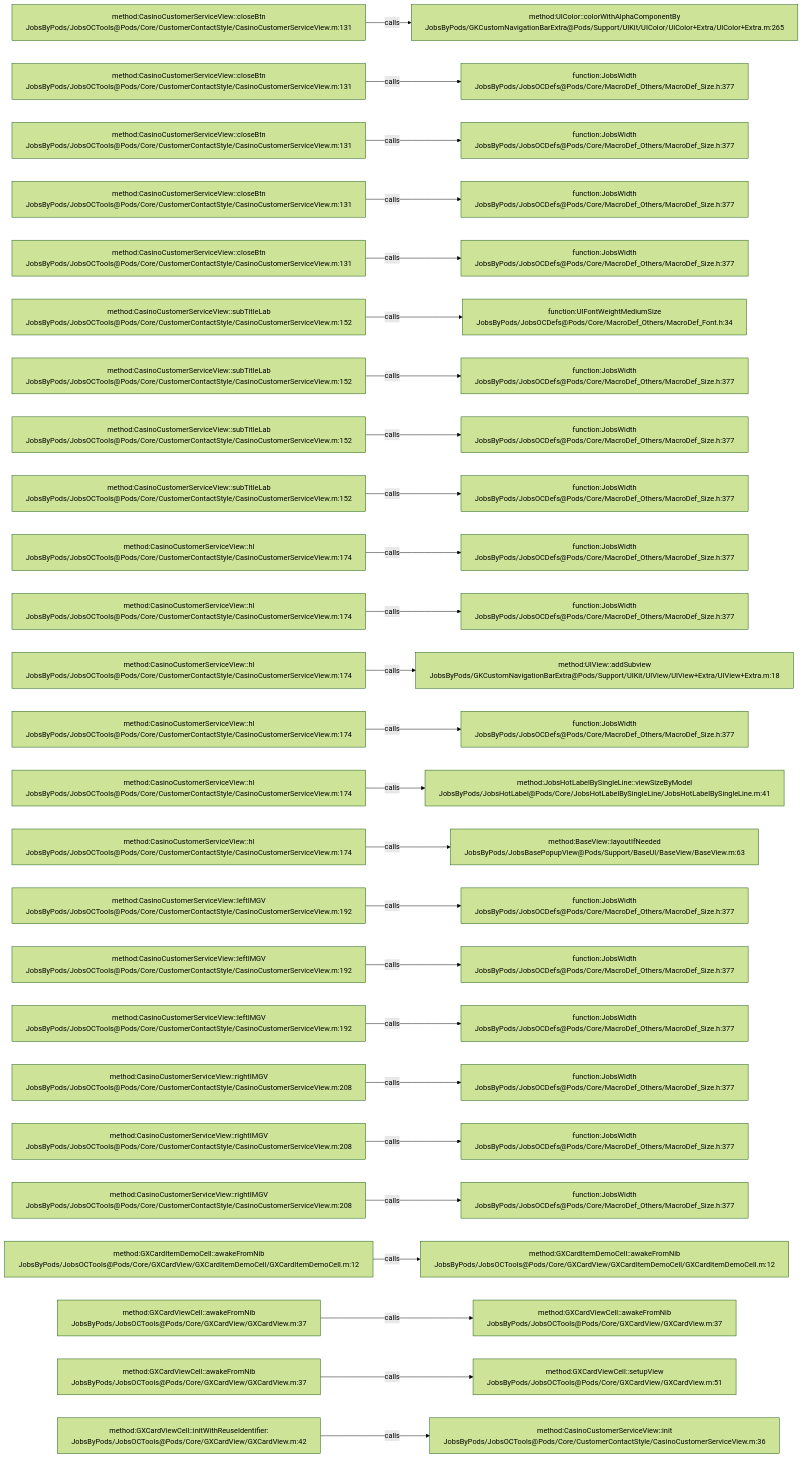
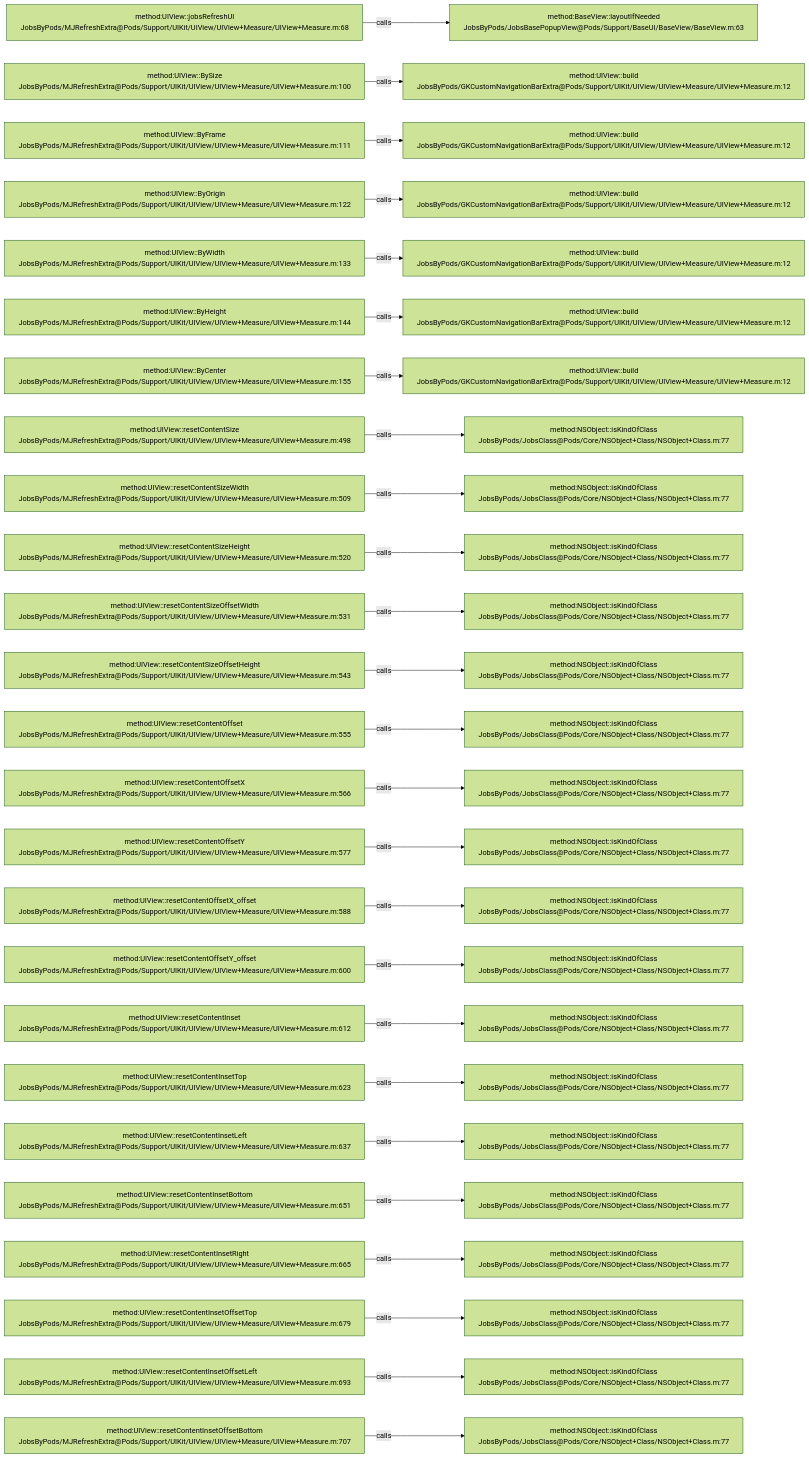
The diagram in .codegraph/codegraph.md/graphs/calls-184.md (JobsKits/JobsOCBaseConfigDemo), drawn with Mermaid (forest theme) before and after one commit. The commit also changed 1026 other files, not shown here.

````diff
--- a/.codegraph/codegraph.md/graphs/calls-184.md
+++ b/.codegraph/codegraph.md/graphs/calls-184.md
@@ -13,78 +13,78 @@
 ```mermaid
 flowchart LR
-  S1["method:CasinoCustomerServiceView::closeBtn<br/>JobsByPods/JobsOCTools@Pods/Core/CustomerContactStyle/CasinoCustomerServiceView.m:131"]
-  T1["method:UIColor::colorWithAlphaComponentBy<br/>JobsByPods/GKCustomNavigationBarExtra@Pods/Support/UIKit/UIColor/UIColor+Extra/UIColor+Extra.m:265"]
+  S1["method:UIView::jobsRefreshUI<br/>JobsByPods/MJRefreshExtra@Pods/Support/UIKit/UIView/UIView+Measure/UIView+Measure.m:68"]
+  T1["method:BaseView::layoutIfNeeded<br/>JobsByPods/JobsBasePopupView@Pods/Support/BaseUI/BaseView/BaseView.m:63"]
   S1 -->|calls| T1
-  S2["method:CasinoCustomerServiceView::closeBtn<br/>JobsByPods/JobsOCTools@Pods/Core/CustomerContactStyle/CasinoCustomerServiceView.m:131"]
-  T2["function:JobsWidth<br/>JobsByPods/JobsOCDefs@Pods/Core/MacroDef_Others/MacroDef_Size.h:377"]
+  S2["method:UIView::BySize<br/>JobsByPods/MJRefreshExtra@Pods/Support/UIKit/UIView/UIView+Measure/UIView+Measure.m:100"]
+  T2["method:UIView::build<br/>JobsByPods/GKCustomNavigationBarExtra@Pods/Support/UIKit/UIView/UIView+Measure/UIView+Measure.m:12"]
   S2 -->|calls| T2
-  S3["method:CasinoCustomerServiceView::closeBtn<br/>JobsByPods/JobsOCTools@Pods/Core/CustomerContactStyle/CasinoCustomerServiceView.m:131"]
-  T3["function:JobsWidth<br/>JobsByPods/JobsOCDefs@Pods/Core/MacroDef_Others/MacroDef_Size.h:377"]
+  S3["method:UIView::ByFrame<br/>JobsByPods/MJRefreshExtra@Pods/Support/UIKit/UIView/UIView+Measure/UIView+Measure.m:111"]
+  T3["method:UIView::build<br/>JobsByPods/GKCustomNavigationBarExtra@Pods/Support/UIKit/UIView/UIView+Measure/UIView+Measure.m:12"]
   S3 -->|calls| T3
-  S4["method:CasinoCustomerServiceView::closeBtn<br/>JobsByPods/JobsOCTools@Pods/Core/CustomerContactStyle/CasinoCustomerServiceView.m:131"]
-  T4["function:JobsWidth<br/>JobsByPods/JobsOCDefs@Pods/Core/MacroDef_Others/MacroDef_Size.h:377"]
+  S4["method:UIView::ByOrigin<br/>JobsByPods/MJRefreshExtra@Pods/Support/UIKit/UIView/UIView+Measure/UIView+Measure.m:122"]
+  T4["method:UIView::build<br/>JobsByPods/GKCustomNavigationBarExtra@Pods/Support/UIKit/UIView/UIView+Measure/UIView+Measure.m:12"]
   S4 -->|calls| T4
-  S5["method:CasinoCustomerServiceView::closeBtn<br/>JobsByPods/JobsOCTools@Pods/Core/CustomerContactStyle/CasinoCustomerServiceView.m:131"]
-  T5["function:JobsWidth<br/>JobsByPods/JobsOCDefs@Pods/Core/MacroDef_Others/MacroDef_Size.h:377"]
+  S5["method:UIView::ByWidth<br/>JobsByPods/MJRefreshExtra@Pods/Support/UIKit/UIView/UIView+Measure/UIView+Measure.m:133"]
+  T5["method:UIView::build<br/>JobsByPods/GKCustomNavigationBarExtra@Pods/Support/UIKit/UIView/UIView+Measure/UIView+Measure.m:12"]
   S5 -->|calls| T5
-  S6["method:CasinoCustomerServiceView::subTitleLab<br/>JobsByPods/JobsOCTools@Pods/Core/CustomerContactStyle/CasinoCustomerServiceView.m:152"]
-  T6["function:UIFontWeightMediumSize<br/>JobsByPods/JobsOCDefs@Pods/Core/MacroDef_Others/MacroDef_Font.h:34"]
+  S6["method:UIView::ByHeight<br/>JobsByPods/MJRefreshExtra@Pods/Support/UIKit/UIView/UIView+Measure/UIView+Measure.m:144"]
+  T6["method:UIView::build<br/>JobsByPods/GKCustomNavigationBarExtra@Pods/Support/UIKit/UIView/UIView+Measure/UIView+Measure.m:12"]
   S6 -->|calls| T6
-  S7["method:CasinoCustomerServiceView::subTitleLab<br/>JobsByPods/JobsOCTools@Pods/Core/CustomerContactStyle/CasinoCustomerServiceView.m:152"]
-  T7["function:JobsWidth<br/>JobsByPods/JobsOCDefs@Pods/Core/MacroDef_Others/MacroDef_Size.h:377"]
+  S7["method:UIView::ByCenter<br/>JobsByPods/MJRefreshExtra@Pods/Support/UIKit/UIView/UIView+Measure/UIView+Measure.m:155"]
+  T7["method:UIView::build<br/>JobsByPods/GKCustomNavigationBarExtra@Pods/Support/UIKit/UIView/UIView+Measure/UIView+Measure.m:12"]
   S7 -->|calls| T7
-  S8["method:CasinoCustomerServiceView::subTitleLab<br/>JobsByPods/JobsOCTools@Pods/Core/CustomerContactStyle/CasinoCustomerServiceView.m:152"]
-  T8["function:JobsWidth<br/>JobsByPods/JobsOCDefs@Pods/Core/MacroDef_Others/MacroDef_Size.h:377"]
+  S8["method:UIView::resetContentSize<br/>JobsByPods/MJRefreshExtra@Pods/Support/UIKit/UIView/UIView+Measure/UIView+Measure.m:498"]
+  T8["method:NSObject::isKindOfClass<br/>JobsByPods/JobsClass@Pods/Core/NSObject+Class/NSObject+Class.m:77"]
   S8 -->|calls| T8
-  S9["method:CasinoCustomerServiceView::subTitleLab<br/>JobsByPods/JobsOCTools@Pods/Core/CustomerContactStyle/CasinoCustomerServiceView.m:152"]
-  T9["function:JobsWidth<br/>JobsByPods/JobsOCDefs@Pods/Core/MacroDef_Others/MacroDef_Size.h:377"]
+  S9["method:UIView::resetContentSizeWidth<br/>JobsByPods/MJRefreshExtra@Pods/Support/UIKit/UIView/UIView+Measure/UIView+Measure.m:509"]
+  T9["method:NSObject::isKindOfClass<br/>JobsByPods/JobsClass@Pods/Core/NSObject+Class/NSObject+Class.m:77"]
   S9 -->|calls| T9
-  S10["method:CasinoCustomerServiceView::hl<br/>JobsByPods/JobsOCTools@Pods/Core/CustomerContactStyle/CasinoCustomerServiceView.m:174"]
-  T10["function:JobsWidth<br/>JobsByPods/JobsOCDefs@Pods/Core/MacroDef_Others/MacroDef_Size.h:377"]
+  S10["method:UIView::resetContentSizeHeight<br/>JobsByPods/MJRefreshExtra@Pods/Support/UIKit/UIView/UIView+Measure/UIView+Measure.m:520"]
+  T10["method:NSObject::isKindOfClass<br/>JobsByPods/JobsClass@Pods/Core/NSObject+Class/NSObject+Class.m:77"]
   S10 -->|calls| T10
-  S11["method:CasinoCustomerServiceView::hl<br/>JobsByPods/JobsOCTools@Pods/Core/CustomerContactStyle/CasinoCustomerServiceView.m:174"]
-  T11["function:JobsWidth<br/>JobsByPods/JobsOCDefs@Pods/Core/MacroDef_Others/MacroDef_Size.h:377"]
+  S11["method:UIView::resetContentSizeOffsetWidth<br/>JobsByPods/MJRefreshExtra@Pods/Support/UIKit/UIView/UIView+Measure/UIView+Measure.m:531"]
+  T11["method:NSObject::isKindOfClass<br/>JobsByPods/JobsClass@Pods/Core/NSObject+Class/NSObject+Class.m:77"]
   S11 -->|calls| T11
-  S12["method:CasinoCustomerServiceView::hl<br/>JobsByPods/JobsOCTools@Pods/Core/CustomerContactStyle/CasinoCustomerServiceView.m:174"]
-  T12["method:UIView::addSubview<br/>JobsByPods/GKCustomNavigationBarExtra@Pods/Support/UIKit/UIView/UIView+Extra/UIView+Extra.m:18"]
+  S12["method:UIView::resetContentSizeOffsetHeight<br/>JobsByPods/MJRefreshExtra@Pods/Support/UIKit/UIView/UIView+Measure/UIView+Measure.m:543"]
+  T12["method:NSObject::isKindOfClass<br/>JobsByPods/JobsClass@Pods/Core/NSObject+Class/NSObject+Class.m:77"]
   S12 -->|calls| T12
-  S13["method:CasinoCustomerServiceView::hl<br/>JobsByPods/JobsOCTools@Pods/Core/CustomerContactStyle/CasinoCustomerServiceView.m:174"]
-  T13["function:JobsWidth<br/>JobsByPods/JobsOCDefs@Pods/Core/MacroDef_Others/MacroDef_Size.h:377"]
+  S13["method:UIView::resetContentOffset<br/>JobsByPods/MJRefreshExtra@Pods/Support/UIKit/UIView/UIView+Measure/UIView+Measure.m:555"]
+  T13["method:NSObject::isKindOfClass<br/>JobsByPods/JobsClass@Pods/Core/NSObject+Class/NSObject+Class.m:77"]
   S13 -->|calls| T13
-  S14["method:CasinoCustomerServiceView::hl<br/>JobsByPods/JobsOCTools@Pods/Core/CustomerContactStyle/CasinoCustomerServiceView.m:174"]
-  T14["method:JobsHotLabelBySingleLine::viewSizeByModel<br/>JobsByPods/JobsHotLabel@Pods/Core/JobsHotLabelBySingleLine/JobsHotLabelBySingleLine.m:41"]
+  S14["method:UIView::resetContentOffsetX<br/>JobsByPods/MJRefreshExtra@Pods/Support/UIKit/UIView/UIView+Measure/UIView+Measure.m:566"]
+  T14["method:NSObject::isKindOfClass<br/>JobsByPods/JobsClass@Pods/Core/NSObject+Class/NSObject+Class.m:77"]
   S14 -->|calls| T14
-  S15["method:CasinoCustomerServiceView::hl<br/>JobsByPods/JobsOCTools@Pods/Core/CustomerContactStyle/CasinoCustomerServiceView.m:174"]
-  T15["method:BaseView::layoutIfNeeded<br/>JobsByPods/JobsBasePopupView@Pods/Support/BaseUI/BaseView/BaseView.m:63"]
+  S15["method:UIView::resetContentOffsetY<br/>JobsByPods/MJRefreshExtra@Pods/Support/UIKit/UIView/UIView+Measure/UIView+Measure.m:577"]
+  T15["method:NSObject::isKindOfClass<br/>JobsByPods/JobsClass@Pods/Core/NSObject+Class/NSObject+Class.m:77"]
   S15 -->|calls| T15
-  S16["method:CasinoCustomerServiceView::leftIMGV<br/>JobsByPods/JobsOCTools@Pods/Core/CustomerContactStyle/CasinoCustomerServiceView.m:192"]
-  T16["function:JobsWidth<br/>JobsByPods/JobsOCDefs@Pods/Core/MacroDef_Others/MacroDef_Size.h:377"]
+  S16["method:UIView::resetContentOffsetX_offset<br/>JobsByPods/MJRefreshExtra@Pods/Support/UIKit/UIView/UIView+Measure/UIView+Measure.m:588"]
+  T16["method:NSObject::isKindOfClass<br/>JobsByPods/JobsClass@Pods/Core/NSObject+Class/NSObject+Class.m:77"]
   S16 -->|calls| T16
-  S17["method:CasinoCustomerServiceView::leftIMGV<br/>JobsByPods/JobsOCTools@Pods/Core/CustomerContactStyle/CasinoCustomerServiceView.m:192"]
-  T17["function:JobsWidth<br/>JobsByPods/JobsOCDefs@Pods/Core/MacroDef_Others/MacroDef_Size.h:377"]
+  S17["method:UIView::resetContentOffsetY_offset<br/>JobsByPods/MJRefreshExtra@Pods/Support/UIKit/UIView/UIView+Measure/UIView+Measure.m:600"]
+  T17["method:NSObject::isKindOfClass<br/>JobsByPods/JobsClass@Pods/Core/NSObject+Class/NSObject+Class.m:77"]
   S17 -->|calls| T17
-  S18["method:CasinoCustomerServiceView::leftIMGV<br/>JobsByPods/JobsOCTools@Pods/Core/CustomerContactStyle/CasinoCustomerServiceView.m:192"]
-  T18["function:JobsWidth<br/>JobsByPods/JobsOCDefs@Pods/Core/MacroDef_Others/MacroDef_Size.h:377"]
+  S18["method:UIView::resetContentInset<br/>JobsByPods/MJRefreshExtra@Pods/Support/UIKit/UIView/UIView+Measure/UIView+Measure.m:612"]
+  T18["method:NSObject::isKindOfClass<br/>JobsByPods/JobsClass@Pods/Core/NSObject+Class/NSObject+Class.m:77"]
   S18 -->|calls| T18
-  S19["method:CasinoCustomerServiceView::rightIMGV<br/>JobsByPods/JobsOCTools@Pods/Core/CustomerContactStyle/CasinoCustomerServiceView.m:208"]
-  T19["function:JobsWidth<br/>JobsByPods/JobsOCDefs@Pods/Core/MacroDef_Others/MacroDef_Size.h:377"]
+  S19["method:UIView::resetContentInsetTop<br/>JobsByPods/MJRefreshExtra@Pods/Support/UIKit/UIView/UIView+Measure/UIView+Measure.m:623"]
+  T19["method:NSObject::isKindOfClass<br/>JobsByPods/JobsClass@Pods/Core/NSObject+Class/NSObject+Class.m:77"]
   S19 -->|calls| T19
-  S20["method:CasinoCustomerServiceView::rightIMGV<br/>JobsByPods/JobsOCTools@Pods/Core/CustomerContactStyle/CasinoCustomerServiceView.m:208"]
-  T20["function:JobsWidth<br/>JobsByPods/JobsOCDefs@Pods/Core/MacroDef_Others/MacroDef_Size.h:377"]
+  S20["method:UIView::resetContentInsetLeft<br/>JobsByPods/MJRefreshExtra@Pods/Support/UIKit/UIView/UIView+Measure/UIView+Measure.m:637"]
+  T20["method:NSObject::isKindOfClass<br/>JobsByPods/JobsClass@Pods/Core/NSObject+Class/NSObject+Class.m:77"]
   S20 -->|calls| T20
-  S21["method:CasinoCustomerServiceView::rightIMGV<br/>JobsByPods/JobsOCTools@Pods/Core/CustomerContactStyle/CasinoCustomerServiceView.m:208"]
-  T21["function:JobsWidth<br/>JobsByPods/JobsOCDefs@Pods/Core/MacroDef_Others/MacroDef_Size.h:377"]
+  S21["method:UIView::resetContentInsetBottom<br/>JobsByPods/MJRefreshExtra@Pods/Support/UIKit/UIView/UIView+Measure/UIView+Measure.m:651"]
+  T21["method:NSObject::isKindOfClass<br/>JobsByPods/JobsClass@Pods/Core/NSObject+Class/NSObject+Class.m:77"]
   S21 -->|calls| T21
-  S22["method:GXCardItemDemoCell::awakeFromNib<br/>JobsByPods/JobsOCTools@Pods/Core/GXCardView/GXCardItemDemoCell/GXCardItemDemoCell.m:12"]
-  T22["method:GXCardItemDemoCell::awakeFromNib<br/>JobsByPods/JobsOCTools@Pods/Core/GXCardView/GXCardItemDemoCell/GXCardItemDemoCell.m:12"]
+  S22["method:UIView::resetContentInsetRight<br/>JobsByPods/MJRefreshExtra@Pods/Support/UIKit/UIView/UIView+Measure/UIView+Measure.m:665"]
+  T22["method:NSObject::isKindOfClass<br/>JobsByPods/JobsClass@Pods/Core/NSObject+Class/NSObject+Class.m:77"]
   S22 -->|calls| T22
-  S23["method:GXCardViewCell::awakeFromNib<br/>JobsByPods/JobsOCTools@Pods/Core/GXCardView/GXCardView.m:37"]
-  T23["method:GXCardViewCell::awakeFromNib<br/>JobsByPods/JobsOCTools@Pods/Core/GXCardView/GXCardView.m:37"]
+  S23["method:UIView::resetContentInsetOffsetTop<br/>JobsByPods/MJRefreshExtra@Pods/Support/UIKit/UIView/UIView+Measure/UIView+Measure.m:679"]
+  T23["method:NSObject::isKindOfClass<br/>JobsByPods/JobsClass@Pods/Core/NSObject+Class/NSObject+Class.m:77"]
   S23 -->|calls| T23
-  S24["method:GXCardViewCell::awakeFromNib<br/>JobsByPods/JobsOCTools@Pods/Core/GXCardView/GXCardView.m:37"]
-  T24["method:GXCardViewCell::setupView<br/>JobsByPods/JobsOCTools@Pods/Core/GXCardView/GXCardView.m:51"]
+  S24["method:UIView::resetContentInsetOffsetLeft<br/>JobsByPods/MJRefreshExtra@Pods/Support/UIKit/UIView/UIView+Measure/UIView+Measure.m:693"]
+  T24["method:NSObject::isKindOfClass<br/>JobsByPods/JobsClass@Pods/Core/NSObject+Class/NSObject+Class.m:77"]
   S24 -->|calls| T24
-  S25["method:GXCardViewCell::initWithReuseIdentifier:<br/>JobsByPods/JobsOCTools@Pods/Core/GXCardView/GXCardView.m:42"]
-  T25["method:CasinoCustomerServiceView::init<br/>JobsByPods/JobsOCTools@Pods/Core/CustomerContactStyle/CasinoCustomerServiceView.m:36"]
+  S25["method:UIView::resetContentInsetOffsetBottom<br/>JobsByPods/MJRefreshExtra@Pods/Support/UIKit/UIView/UIView+Measure/UIView+Measure.m:707"]
+  T25["method:NSObject::isKindOfClass<br/>JobsByPods/JobsClass@Pods/Core/NSObject+Class/NSObject+Class.m:77"]
   S25 -->|calls| T25
 ```
````
